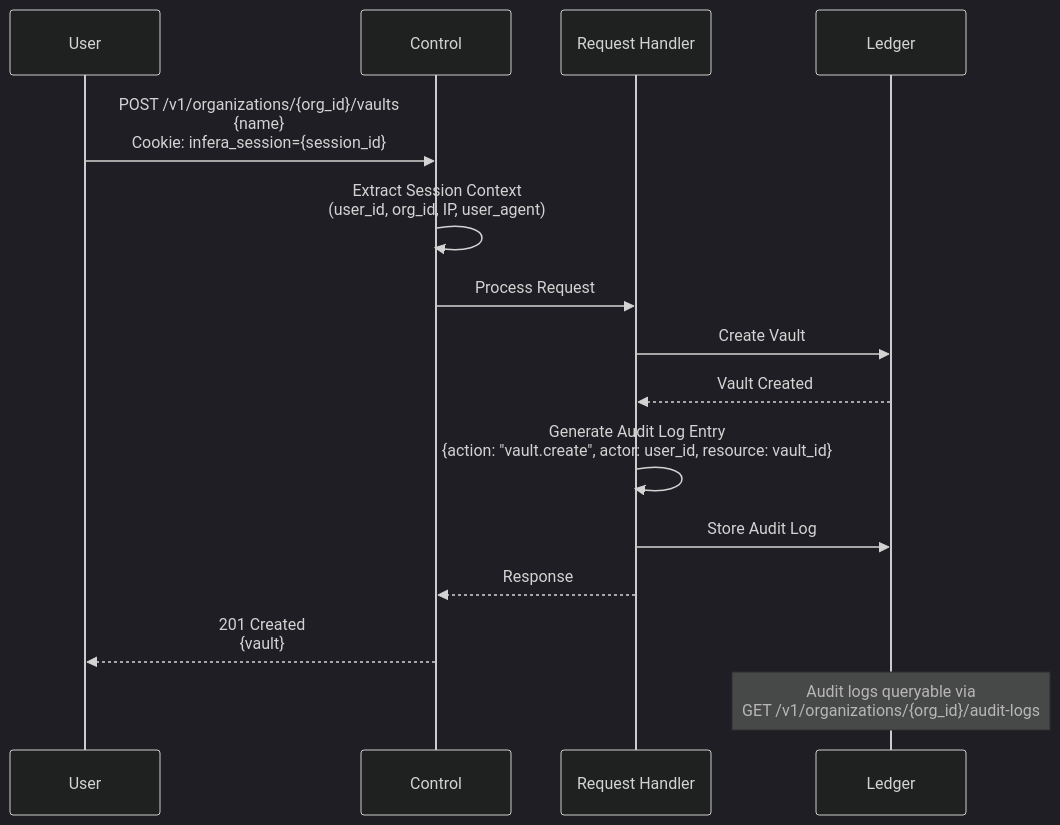
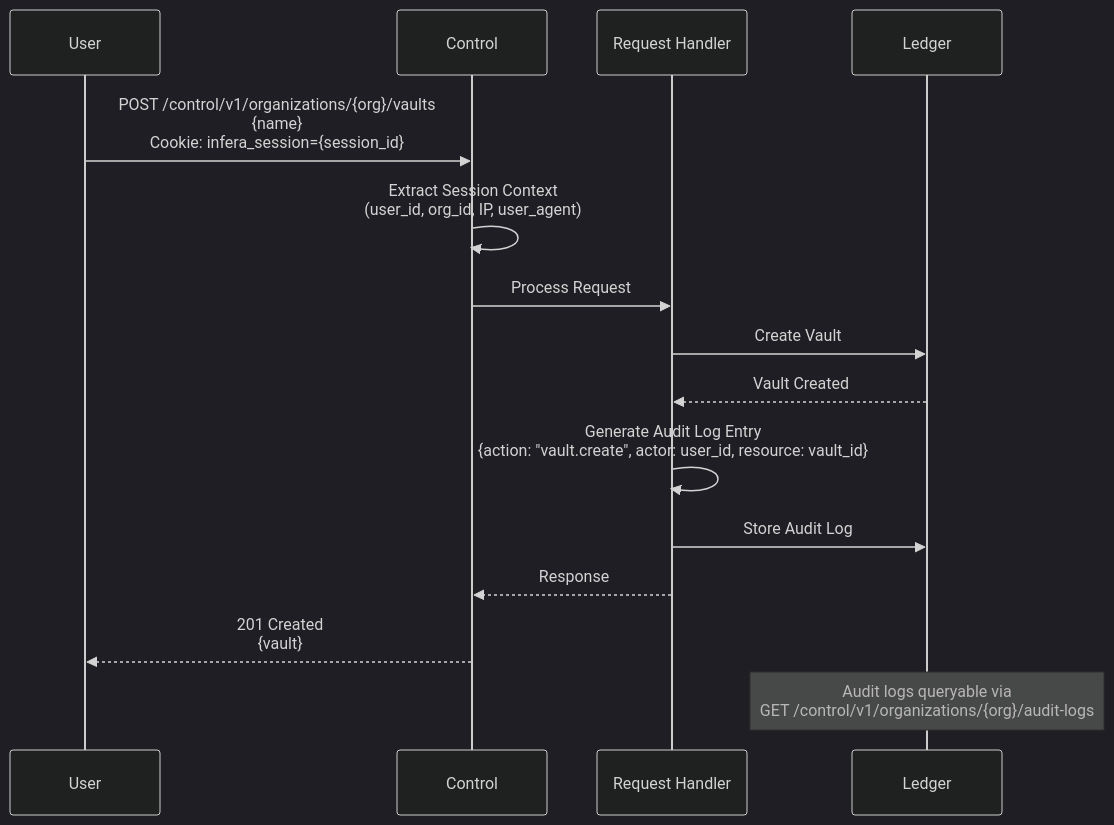
One commit to inferadb/control changed diagram 11 of 14 in docs/flows.md. Above: the diagram before and after it, drawn with Mermaid (dark theme). The commit also changed other lines of this file and 49 other files, not shown here.

````diff
--- a/docs/flows.md
+++ b/docs/flows.md
@@ -466,26 +466,26 @@
 ```mermaid
 sequenceDiagram
     participant User
     participant API as Control
     participant Handler as Request Handler
     participant DB as Ledger
 
-    User->>API: POST /v1/organizations/{org_id}/vaults<br/>{name}<br/>Cookie: infera_session={session_id}
+    User->>API: POST /control/v1/organizations/{org}/vaults<br/>{name}<br/>Cookie: infera_session={session_id}
 
     API->>API: Extract Session Context<br/>(user_id, org_id, IP, user_agent)
 
     API->>Handler: Process Request
 
     Handler->>DB: Create Vault
     DB-->>Handler: Vault Created
 
     Handler->>Handler: Generate Audit Log Entry<br/>{action: "vault.create", actor: user_id, resource: vault_id}
 
     Handler->>DB: Store Audit Log
 
     Handler-->>API: Response
 
     API-->>User: 201 Created<br/>{vault}
 
-    Note over DB: Audit logs queryable via<br/>GET /v1/organizations/{org_id}/audit-logs
+    Note over DB: Audit logs queryable via<br/>GET /control/v1/organizations/{org}/audit-logs
 ```
````
